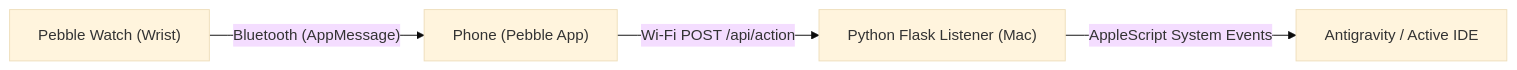
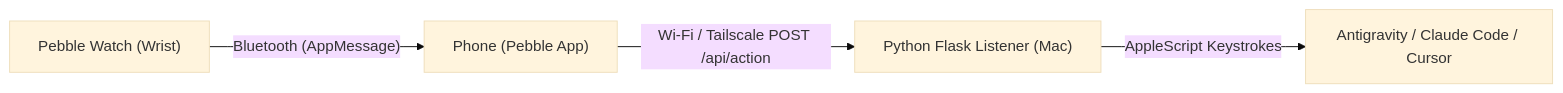
The diagram in README.md (savelee/pebble_coding_agent_approval), drawn with Mermaid (base theme) before and after one commit. The commit also changed other lines of this file, not shown here.

````diff
--- a/README.md
+++ b/README.md
@@ -27,6 +9,6 @@
 ```mermaid
 flowchart LR
     A["Pebble Watch (Wrist)"] -->|"Bluetooth (AppMessage)"| B["Phone (Pebble App)"]
-    B -->|"Wi-Fi POST /api/action"| C["Python Flask Listener (Mac)"]
-    C -->|"AppleScript System Events"| D["Antigravity / Active IDE"]
+    B -->|"Wi-Fi / Tailscale POST /api/action"| C["Python Flask Listener (Mac)"]
+    C -->|"AppleScript Keystrokes"| D["Antigravity / Claude Code / Cursor"]
 ```
````
